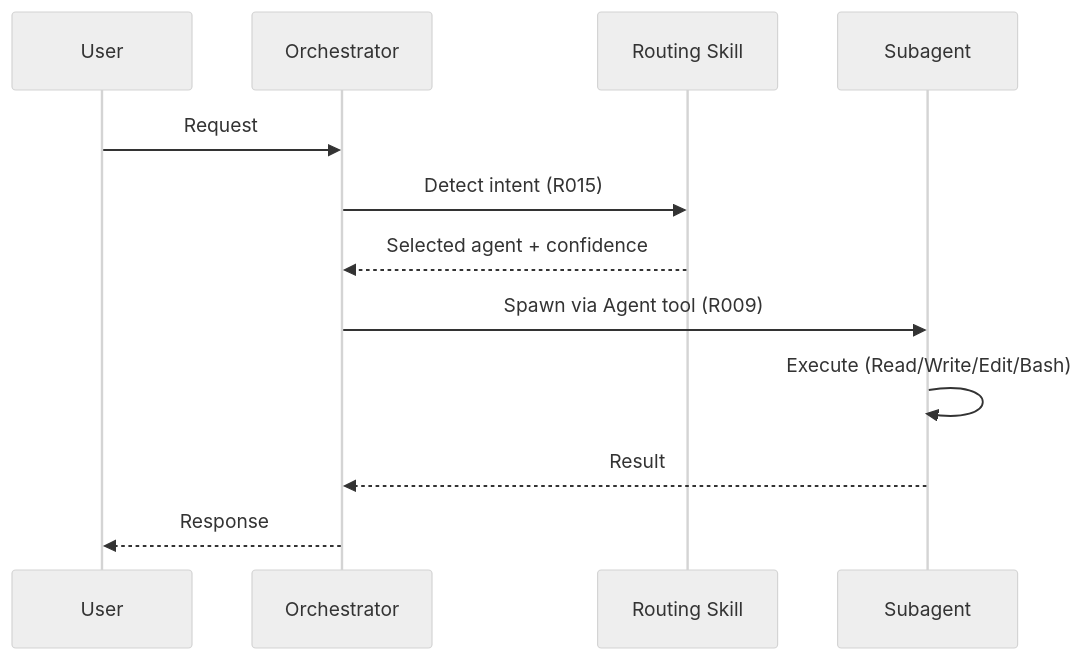
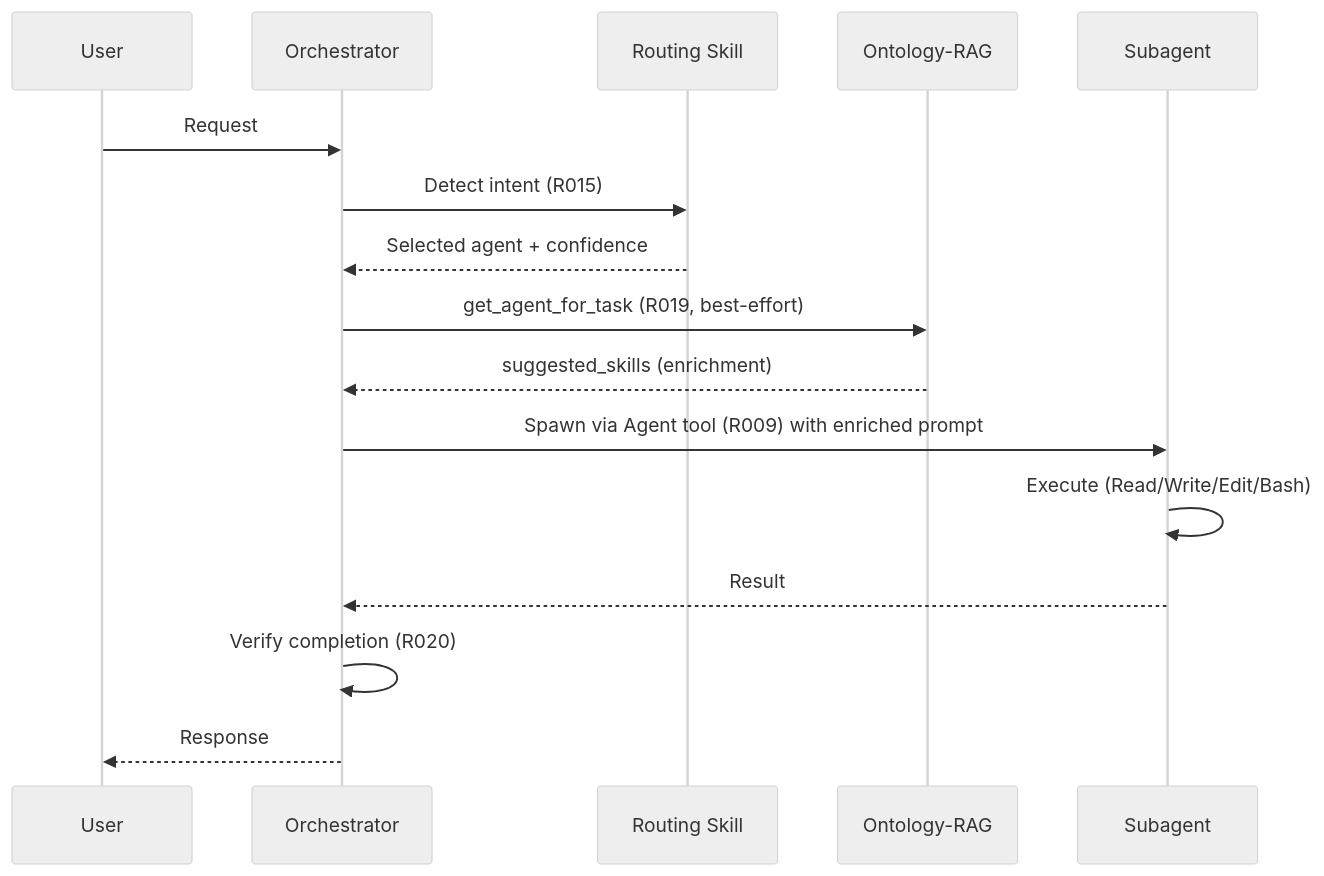
Before and after one commit to baekenough/oh-my-customcode: the second of 8 diagrams in ARCHITECTURE.md, drawn with Mermaid (neutral theme). The commit also changed other lines of this file and 5 other files, not shown here.

First line of the commit message:
docs: rewrite README and ARCHITECTURE for v0.36.1

````diff
--- a/ARCHITECTURE.md
+++ b/ARCHITECTURE.md
@@ -149,15 +192,19 @@
 ```mermaid
 sequenceDiagram
     participant U as User
     participant O as Orchestrator
     participant RS as Routing Skill
+    participant ORAG as Ontology-RAG
     participant SA as Subagent
 
     U->>O: Request
     O->>RS: Detect intent (R015)
     RS-->>O: Selected agent + confidence
-    O->>SA: Spawn via Agent tool (R009)
+    O->>ORAG: get_agent_for_task (R019, best-effort)
+    ORAG-->>O: suggested_skills (enrichment)
+    O->>SA: Spawn via Agent tool (R009) with enriched prompt
     SA->>SA: Execute (Read/Write/Edit/Bash)
     SA-->>O: Result
+    O->>O: Verify completion (R020)
     O-->>U: Response
 ```
````
